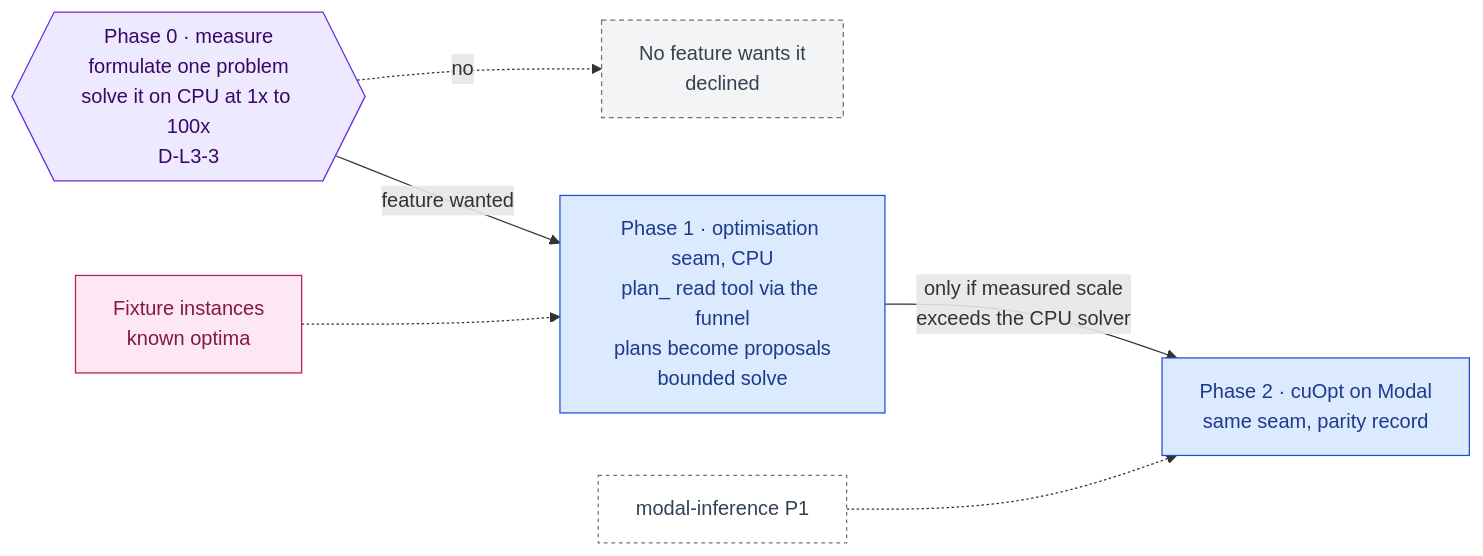
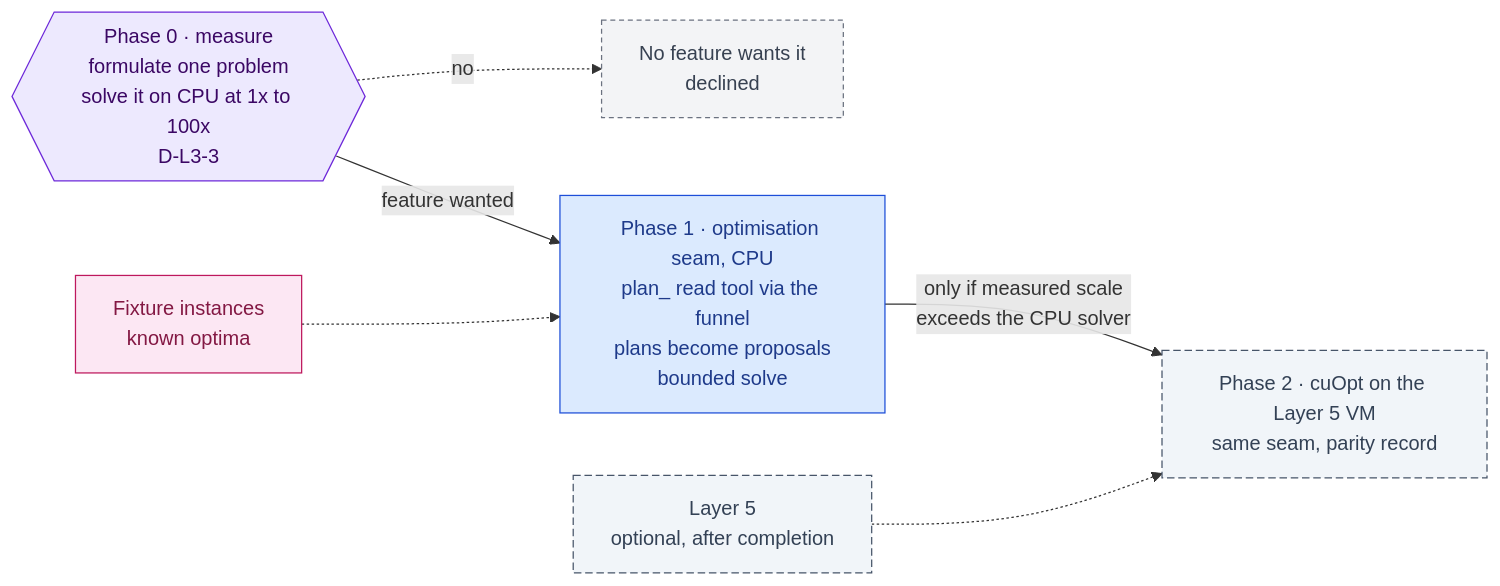
The diagram in docs/ai-architecture/cuopt.md (RodnaPamet/inflect-compliance), drawn with Mermaid before and after one commit. The commit also changed other lines of this file and 21 other files, not shown here.

First line of the commit message:
docs(ai-architecture): the roadmap is complete without Layer 5; models through API keys

````diff
--- a/docs/ai-architecture/cuopt.md
+++ b/docs/ai-architecture/cuopt.md
@@ -28,21 +29,22 @@
 ```mermaid
 flowchart LR
   P0{{"Phase 0 · measure<br/>formulate one problem<br/>solve it on CPU at 1x to 100x<br/>D-L3-3"}}:::gate
   DEC["No feature wants it<br/>declined"]:::declined
   P1["Phase 1 · optimisation seam, CPU<br/>plan_ read tool via the funnel<br/>plans become proposals<br/>bounded solve"]:::todo
-  P2["Phase 2 · cuOpt on Modal<br/>same seam, parity record"]:::todo
-  MOD["modal-inference P1"]:::ext
+  P2["Phase 2 · cuOpt on the Layer 5 VM<br/>same seam, parity record"]:::optional
+  MOD["Layer 5<br/>optional, after completion"]:::optional
   FIX["Fixture instances<br/>known optima"]:::eval
   P0 -->|feature wanted| P1
   P0 -.->|no| DEC
   P1 -->|only if measured scale<br/>exceeds the CPU solver| P2
   MOD -.-> P2
   FIX -.-> P1
 
   classDef done fill:#d1fae5,stroke:#047857,color:#064e3b
   classDef todo fill:#dbeafe,stroke:#1d4ed8,color:#1e3a8a
   classDef gate fill:#ede9fe,stroke:#6d28d9,color:#3b0764
   classDef ext fill:#ffffff,stroke:#64748b,color:#334155,stroke-dasharray:3 3
   classDef eval fill:#fce7f3,stroke:#be185d,color:#831843
   classDef declined fill:#f3f4f6,stroke:#6b7280,color:#374151,stroke-dasharray:4 3
+  classDef optional fill:#f1f5f9,stroke:#475569,color:#334155,stroke-dasharray:6 3
 ```
````
